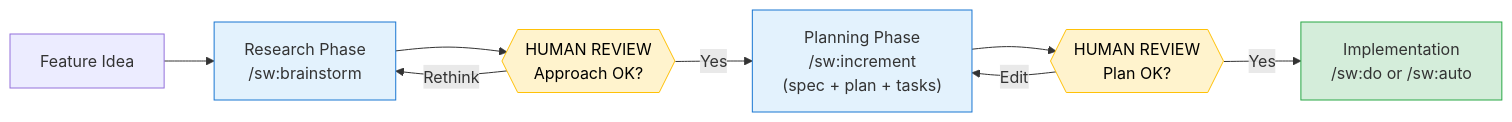
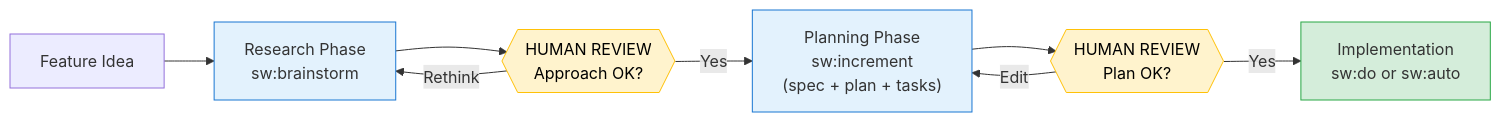
Before and after one commit to anton-abyzov/specweave: the second of 4 diagrams in docs-site/docs/workflows/planning.md, drawn with Mermaid. The commit also changed other lines of this file and 328 other files, not shown here.

````diff
--- a/docs-site/docs/workflows/planning.md
+++ b/docs-site/docs/workflows/planning.md
@@ -39,16 +39,16 @@
 ```mermaid
 graph LR
-    A["Feature Idea"] --> B["Research Phase<br/>/sw:brainstorm"]
+    A["Feature Idea"] --> B["Research Phase<br/>sw:brainstorm"]
     B --> C{{"HUMAN REVIEW<br/>Approach OK?"}}
-    C -->|Yes| D["Planning Phase<br/>/sw:increment<br/>(spec + plan + tasks)"]
+    C -->|Yes| D["Planning Phase<br/>sw:increment<br/>(spec + plan + tasks)"]
     D --> E{{"HUMAN REVIEW<br/>Plan OK?"}}
-    E -->|Yes| F["Implementation<br/>/sw:do or /sw:auto"]
+    E -->|Yes| F["Implementation<br/>sw:do or sw:auto"]
     E -->|Edit| D
     C -->|Rethink| B
 
     style C fill:#fff3cd,stroke:#ffc107,color:#000
     style E fill:#fff3cd,stroke:#ffc107,color:#000
     style B fill:#e3f2fd,stroke:#1976d2
     style D fill:#e3f2fd,stroke:#1976d2
     style F fill:#d4edda,stroke:#28a745
 ```
````
